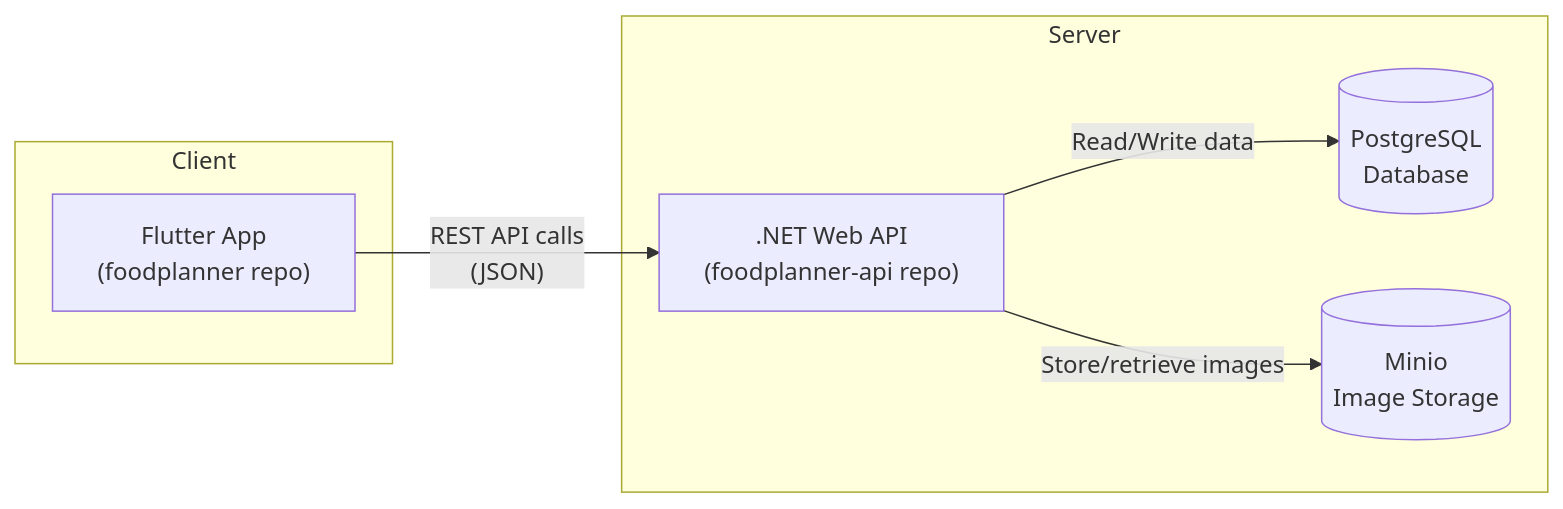
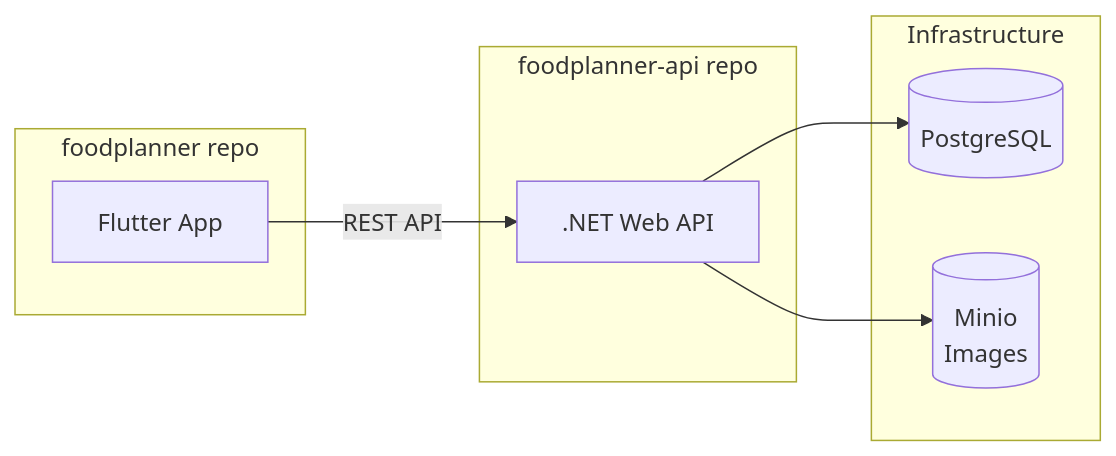
Before and after one commit to aau-giraf/wiki: the second of 5 diagrams in docs/Development/architecture.md, drawn with Mermaid. The commit also changed other lines of this file, not shown here.

Commit message:
Add equal VTA coverage to architecture overview

````diff
--- a/docs/Development/architecture.md
+++ b/docs/Development/architecture.md
@@ -38,16 +52,19 @@
 ```mermaid
 graph LR
-    subgraph "Client"
-        APP["Flutter App<br/>(foodplanner repo)"]
+    subgraph "foodplanner repo"
+        APP["Flutter App"]
     end
 
-    subgraph "Server"
-        API[".NET Web API<br/>(foodplanner-api repo)"]
-        DB[(PostgreSQL<br/>Database)]
-        MINIO[(Minio<br/>Image Storage)]
+    subgraph "foodplanner-api repo"
+        API[".NET Web API"]
     end
 
-    APP -->|"REST API calls<br/>(JSON)"| API
-    API -->|"Read/Write data"| DB
-    API -->|"Store/retrieve images"| MINIO
+    subgraph "Infrastructure"
+        DB[(PostgreSQL)]
+        MINIO[(Minio<br/>Images)]
+    end
+
+    APP -->|"REST API"| API
+    API --> DB
+    API --> MINIO
 ```
````
